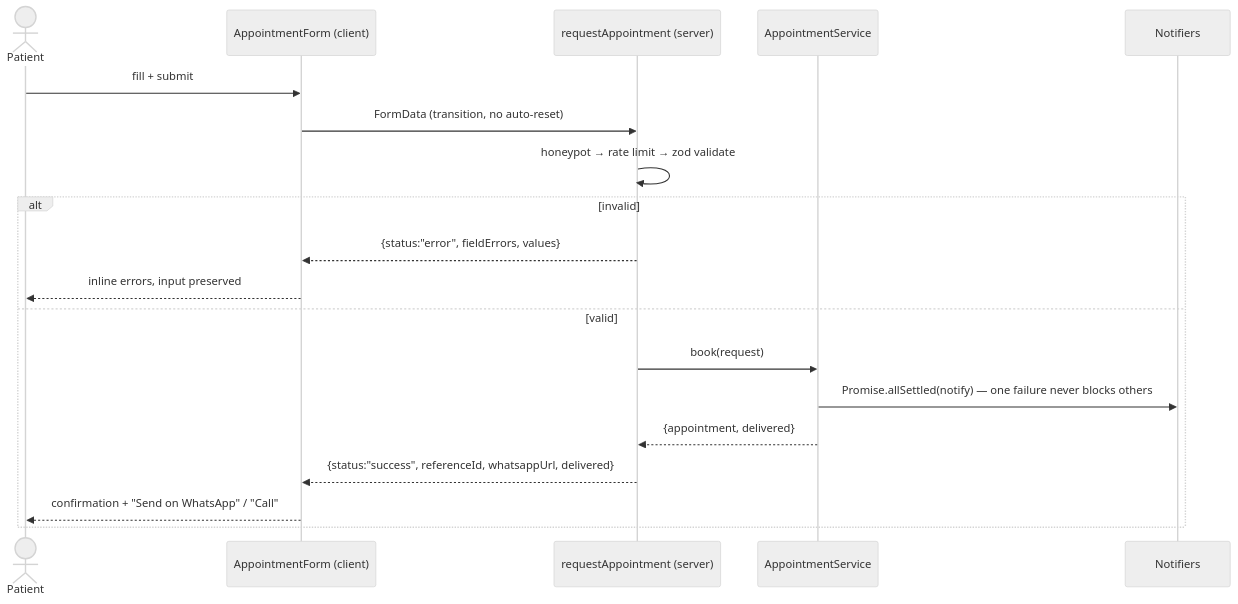
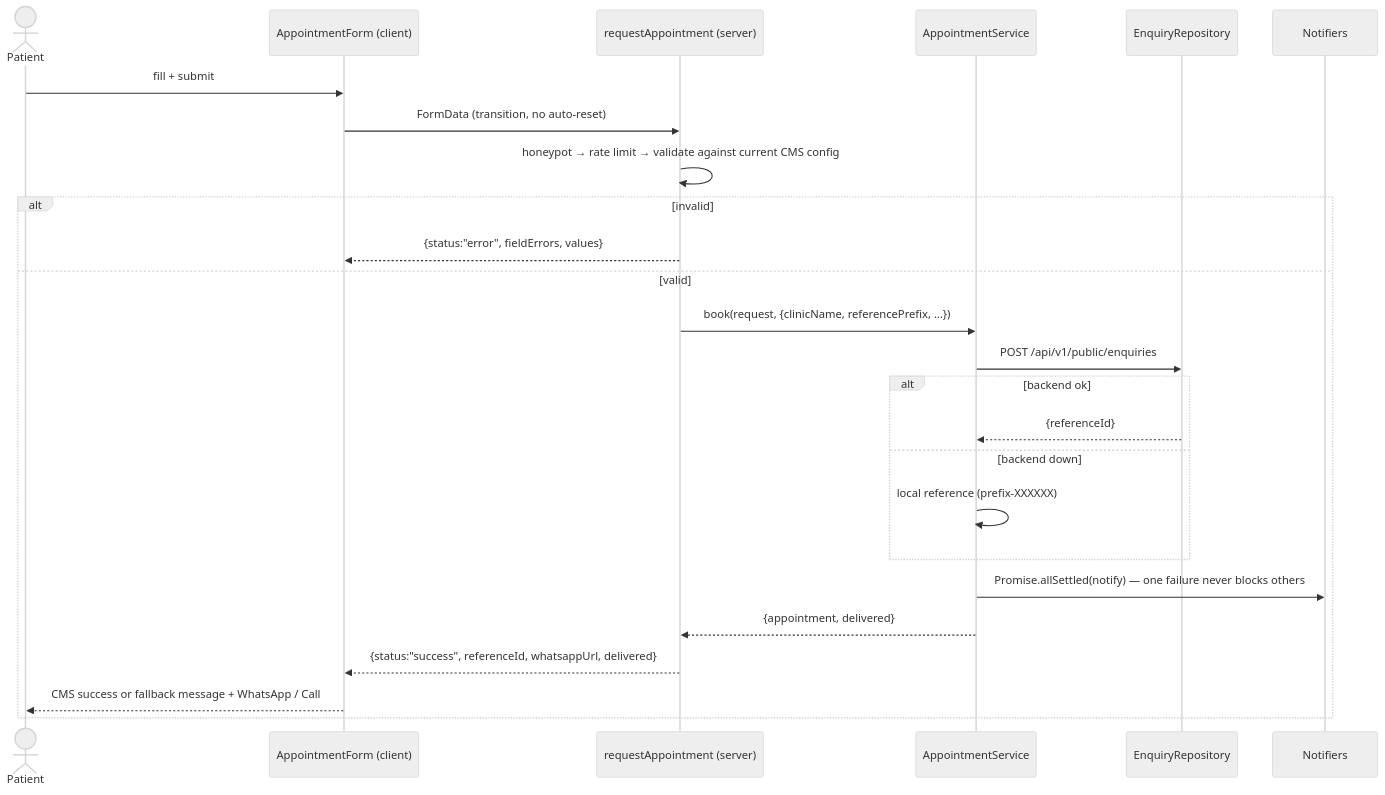
Before and after one commit to groupsahara/physiotherapy: the fifth of 5 diagrams in docs/ARCHITECTURE.md, drawn with Mermaid (neutral theme). The commit also changed other lines of this file and 84 other files, not shown here.

````diff
--- a/docs/ARCHITECTURE.md
+++ b/docs/ARCHITECTURE.md
@@ -204,22 +257,28 @@
 ```mermaid
 sequenceDiagram
   actor Patient
   participant Form as AppointmentForm (client)
   participant Action as requestAppointment (server)
   participant Svc as AppointmentService
+  participant Repo as EnquiryRepository
   participant N as Notifiers
 
   Patient->>Form: fill + submit
   Form->>Action: FormData (transition, no auto-reset)
-  Action->>Action: honeypot → rate limit → zod validate
+  Action->>Action: honeypot → rate limit → validate against current CMS config
   alt invalid
     Action-->>Form: {status:"error", fieldErrors, values}
-    Form-->>Patient: inline errors, input preserved
   else valid
-    Action->>Svc: book(request)
+    Action->>Svc: book(request, {clinicName, referencePrefix, …})
+    Svc->>Repo: POST /api/v1/public/enquiries
+    alt backend ok
+      Repo-->>Svc: {referenceId}
+    else backend down
+      Svc->>Svc: local reference (prefix-XXXXXX)
+    end
     Svc->>N: Promise.allSettled(notify) — one failure never blocks others
     Svc-->>Action: {appointment, delivered}
     Action-->>Form: {status:"success", referenceId, whatsappUrl, delivered}
-    Form-->>Patient: confirmation + "Send on WhatsApp" / "Call"
+    Form-->>Patient: CMS success or fallback message + WhatsApp / Call
   end
 ```
````
